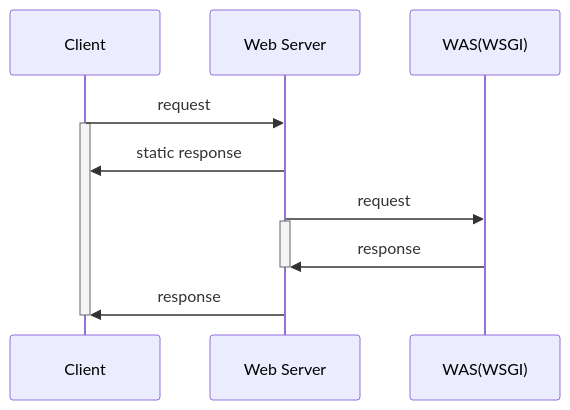
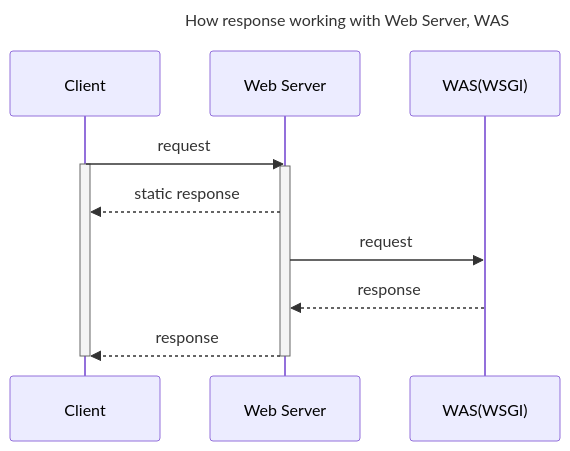
The fifth of 5 diagrams in docs/blog/posts/2024-07-25-web_client_server.md (djccnt15/djccnt15.github.io), drawn with Mermaid before and after one commit. The commit also changed other lines of this file and 3 other files, not shown here.

Commit message:
hotfix UML diagrams

````diff
--- a/docs/blog/posts/2024-07-25-web_client_server.md
+++ b/docs/blog/posts/2024-07-25-web_client_server.md
@@ -152,12 +152,15 @@
 ```mermaid
+---
+title: How response working with Web Server, WAS
+---
 sequenceDiagram
     Client ->> Web Server : request
     activate Client
-    Web Server ->> Client : static response
+    activate Web Server
+    Web Server -->> Client : static response
     Web Server ->> WAS(WSGI) : request
-    activate Web Server
-    WAS(WSGI) ->> Web Server : response
+    WAS(WSGI) -->> Web Server : response
+    Web Server -->> Client : response
     deactivate Web Server
-    Web Server ->> Client : response
     deactivate Client
 ```
````
